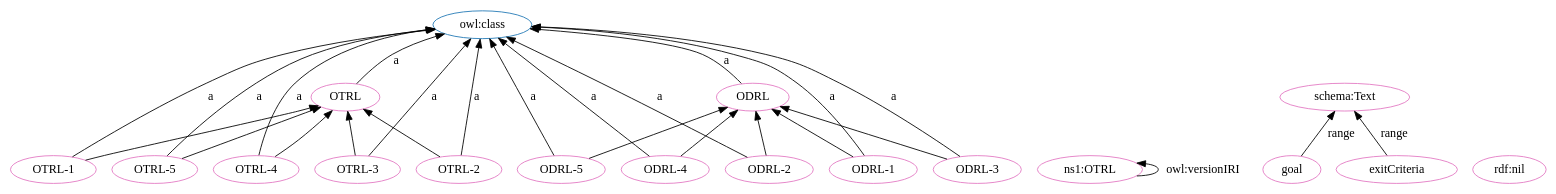
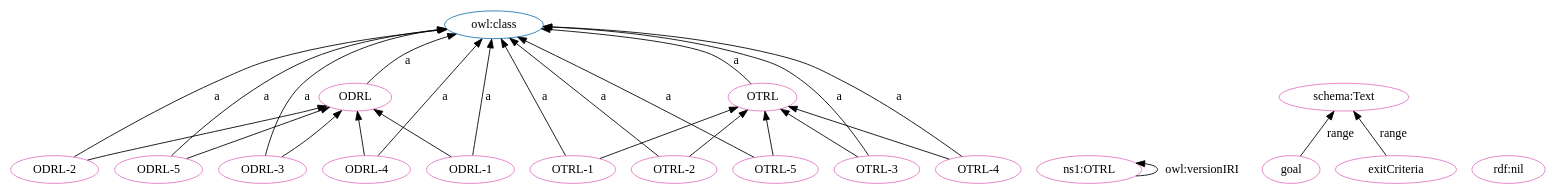
Before and after one commit to OPEN-NEXT/OKH-LOSH: the diagram in OTRL-clean.dot, drawn with Graphviz. The commit also changed other lines of this file and 15 other files, not shown here.

```diff
--- a/OTRL-clean.dot
+++ b/OTRL-clean.dot
@@ -1,49 +1,49 @@
 digraph G {
   rankdir=BT
   node[height=.3]
+"http://purl.org/oseg/ontologies/OTRL#ODRL" [fillcolor="#1f77b4" color="#1f77b4" label="ODRL"]
 "http://purl.org/oseg/ontologies/OTRL#OTRL" [fillcolor="#1f77b4" color="#1f77b4" label="OTRL"]
 "http://www.w3.org/2002/07/owl#class" [fillcolor="#1f77b4" color="#1f77b4" label="owl:class"]
-"http://purl.org/oseg/ontologies/OTRL#ODRL" [fillcolor="#1f77b4" color="#1f77b4" label="ODRL"]
-"http://purl.org/oseg/ontologies/OTRL#ODRL" [fillcolor="#e377c2" color="#e377c2" label="ODRL"]
-"http://purl.org/oseg/ontologies/OTRL#ODRL-4" [fillcolor="#e377c2" color="#e377c2" label="ODRL-4"]
-"http://purl.org/oseg/ontologies/OTRL#OTRL-5" [fillcolor="#e377c2" color="#e377c2" label="OTRL-5"]
+"http://purl.org/oseg/ontologies/OTRL#OTRL-2" [fillcolor="#e377c2" color="#e377c2" label="OTRL-2"]
+"http://purl.org/oseg/ontologies/OTRL#ODRL-5" [fillcolor="#e377c2" color="#e377c2" label="ODRL-5"]
+"http://purl.org/oseg/ontologies/OTRL#OTRL-1" [fillcolor="#e377c2" color="#e377c2" label="OTRL-1"]
 "http://purl.org/oseg/ontologies/OTRL" [fillcolor="#e377c2" color="#e377c2" label="ns1:OTRL"]
-"http://purl.org/oseg/ontologies/OTRL#OTRL-1" [fillcolor="#e377c2" color="#e377c2" label="OTRL-1"]
 "http://purl.org/oseg/ontologies/OTRL#goal" [fillcolor="#e377c2" color="#e377c2" label="goal"]
-"http://purl.org/oseg/ontologies/OTRL#OTRL" [fillcolor="#e377c2" color="#e377c2" label="OTRL"]
 "http://schema.org/Text" [fillcolor="#e377c2" color="#e377c2" label="schema:Text"]
-"http://purl.org/oseg/ontologies/OTRL#OTRL-4" [fillcolor="#e377c2" color="#e377c2" label="OTRL-4"]
-"http://purl.org/oseg/ontologies/OTRL#ODRL-5" [fillcolor="#e377c2" color="#e377c2" label="ODRL-5"]
 "http://purl.org/oseg/ontologies/OTRL#ODRL-2" [fillcolor="#e377c2" color="#e377c2" label="ODRL-2"]
 "http://purl.org/oseg/ontologies/OTRL#ODRL-3" [fillcolor="#e377c2" color="#e377c2" label="ODRL-3"]
+"http://purl.org/oseg/ontologies/OTRL#ODRL" [fillcolor="#e377c2" color="#e377c2" label="ODRL"]
+"http://purl.org/oseg/ontologies/OTRL#ODRL-1" [fillcolor="#e377c2" color="#e377c2" label="ODRL-1"]
 "http://www.w3.org/1999/02/22-rdf-syntax-ns#nil" [fillcolor="#e377c2" color="#e377c2" label="rdf:nil"]
-"http://purl.org/oseg/ontologies/OTRL#OTRL-2" [fillcolor="#e377c2" color="#e377c2" label="OTRL-2"]
+"http://purl.org/oseg/ontologies/OTRL#OTRL" [fillcolor="#e377c2" color="#e377c2" label="OTRL"]
+"http://purl.org/oseg/ontologies/OTRL#exitCriteria" [fillcolor="#e377c2" color="#e377c2" label="exitCriteria"]
+"http://purl.org/oseg/ontologies/OTRL#OTRL-5" [fillcolor="#e377c2" color="#e377c2" label="OTRL-5"]
+"http://purl.org/oseg/ontologies/OTRL#OTRL-4" [fillcolor="#e377c2" color="#e377c2" label="OTRL-4"]
+"http://purl.org/oseg/ontologies/OTRL#ODRL-4" [fillcolor="#e377c2" color="#e377c2" label="ODRL-4"]
 "http://purl.org/oseg/ontologies/OTRL#OTRL-3" [fillcolor="#e377c2" color="#e377c2" label="OTRL-3"]
-"http://purl.org/oseg/ontologies/OTRL#exitCriteria" [fillcolor="#e377c2" color="#e377c2" label="exitCriteria"]
-"http://purl.org/oseg/ontologies/OTRL#ODRL-1" [fillcolor="#e377c2" color="#e377c2" label="ODRL-1"]
-  "http://purl.org/oseg/ontologies/OTRL#ODRL-4" -> "http://www.w3.org/2002/07/owl#class" [label="a"]
+  "http://purl.org/oseg/ontologies/OTRL#OTRL-1" -> "http://www.w3.org/2002/07/owl#class" [label="a"]
+  "http://purl.org/oseg/ontologies/OTRL#ODRL-3" -> "http://www.w3.org/2002/07/owl#class" [label="a"]
+  "http://purl.org/oseg/ontologies/OTRL#ODRL-2" -> "http://purl.org/oseg/ontologies/OTRL#ODRL" [label=""]
+  "http://purl.org/oseg/ontologies/OTRL#OTRL-5" -> "http://www.w3.org/2002/07/owl#class" [label="a"]
+  "http://purl.org/oseg/ontologies/OTRL#ODRL" -> "http://www.w3.org/2002/07/owl#class" [label="a"]
+  "http://purl.org/oseg/ontologies/OTRL#ODRL-5" -> "http://purl.org/oseg/ontologies/OTRL#ODRL" [label=""]
+  "http://purl.org/oseg/ontologies/OTRL#OTRL-4" -> "http://www.w3.org/2002/07/owl#class" [label="a"]
+  "http://purl.org/oseg/ontologies/OTRL#OTRL-5" -> "http://purl.org/oseg/ontologies/OTRL#OTRL" [label=""]
+  "http://purl.org/oseg/ontologies/OTRL#OTRL-3" -> "http://purl.org/oseg/ontologies/OTRL#OTRL" [label=""]
   "http://purl.org/oseg/ontologies/OTRL#OTRL-1" -> "http://purl.org/oseg/ontologies/OTRL#OTRL" [label=""]
-  "http://purl.org/oseg/ontologies/OTRL#OTRL-4" -> "http://www.w3.org/2002/07/owl#class" [label="a"]
+  "http://purl.org/oseg/ontologies/OTRL#ODRL-1" -> "http://purl.org/oseg/ontologies/OTRL#ODRL" [label=""]
+  "http://purl.org/oseg/ontologies/OTRL#ODRL-4" -> "http://purl.org/oseg/ontologies/OTRL#ODRL" [label=""]
   "http://purl.org/oseg/ontologies/OTRL#ODRL-5" -> "http://www.w3.org/2002/07/owl#class" [label="a"]
-  "http://purl.org/oseg/ontologies/OTRL#ODRL-2" -> "http://www.w3.org/2002/07/owl#class" [label="a"]
-  "http://purl.org/oseg/ontologies/OTRL#OTRL" -> "http://www.w3.org/2002/07/owl#class" [label="a"]
   "http://purl.org/oseg/ontologies/OTRL#OTRL-2" -> "http://www.w3.org/2002/07/owl#class" [label="a"]
   "http://purl.org/oseg/ontologies/OTRL#goal" -> "http://schema.org/Text" [label="range"]
-  "http://purl.org/oseg/ontologies/OTRL#OTRL-5" -> "http://purl.org/oseg/ontologies/OTRL#OTRL" [label=""]
-  "http://purl.org/oseg/ontologies/OTRL#ODRL-3" -> "http://purl.org/oseg/ontologies/OTRL#ODRL" [label=""]
-  "http://purl.org/oseg/ontologies/OTRL#ODRL-1" -> "http://purl.org/oseg/ontologies/OTRL#ODRL" [label=""]
-  "http://purl.org/oseg/ontologies/OTRL#OTRL-5" -> "http://www.w3.org/2002/07/owl#class" [label="a"]
-  "http://purl.org/oseg/ontologies/OTRL#OTRL-1" -> "http://www.w3.org/2002/07/owl#class" [label="a"]
+  "http://purl.org/oseg/ontologies/OTRL#ODRL-2" -> "http://www.w3.org/2002/07/owl#class" [label="a"]
+  "http://purl.org/oseg/ontologies/OTRL#ODRL-1" -> "http://www.w3.org/2002/07/owl#class" [label="a"]
+  "http://purl.org/oseg/ontologies/OTRL#OTRL-2" -> "http://purl.org/oseg/ontologies/OTRL#OTRL" [label=""]
   "http://purl.org/oseg/ontologies/OTRL#exitCriteria" -> "http://schema.org/Text" [label="range"]
   "http://purl.org/oseg/ontologies/OTRL#OTRL-4" -> "http://purl.org/oseg/ontologies/OTRL#OTRL" [label=""]
-  "http://purl.org/oseg/ontologies/OTRL#ODRL-3" -> "http://www.w3.org/2002/07/owl#class" [label="a"]
-  "http://purl.org/oseg/ontologies/OTRL#ODRL" -> "http://www.w3.org/2002/07/owl#class" [label="a"]
-  "http://purl.org/oseg/ontologies/OTRL#ODRL-4" -> "http://purl.org/oseg/ontologies/OTRL#ODRL" [label=""]
+  "http://purl.org/oseg/ontologies/OTRL" -> "http://purl.org/oseg/ontologies/OTRL" [label="owl:versionIRI"]
+  "http://purl.org/oseg/ontologies/OTRL#ODRL-3" -> "http://purl.org/oseg/ontologies/OTRL#ODRL" [label=""]
+  "http://purl.org/oseg/ontologies/OTRL#ODRL-4" -> "http://www.w3.org/2002/07/owl#class" [label="a"]
+  "http://purl.org/oseg/ontologies/OTRL#OTRL" -> "http://www.w3.org/2002/07/owl#class" [label="a"]
   "http://purl.org/oseg/ontologies/OTRL#OTRL-3" -> "http://www.w3.org/2002/07/owl#class" [label="a"]
-  "http://purl.org/oseg/ontologies/OTRL#OTRL-2" -> "http://purl.org/oseg/ontologies/OTRL#OTRL" [label=""]
-  "http://purl.org/oseg/ontologies/OTRL#ODRL-5" -> "http://purl.org/oseg/ontologies/OTRL#ODRL" [label=""]
-  "http://purl.org/oseg/ontologies/OTRL#OTRL-3" -> "http://purl.org/oseg/ontologies/OTRL#OTRL" [label=""]
-  "http://purl.org/oseg/ontologies/OTRL" -> "http://purl.org/oseg/ontologies/OTRL" [label="owl:versionIRI"]
-  "http://purl.org/oseg/ontologies/OTRL#ODRL-2" -> "http://purl.org/oseg/ontologies/OTRL#ODRL" [label=""]
-  "http://purl.org/oseg/ontologies/OTRL#ODRL-1" -> "http://www.w3.org/2002/07/owl#class" [label="a"]
 }
```
